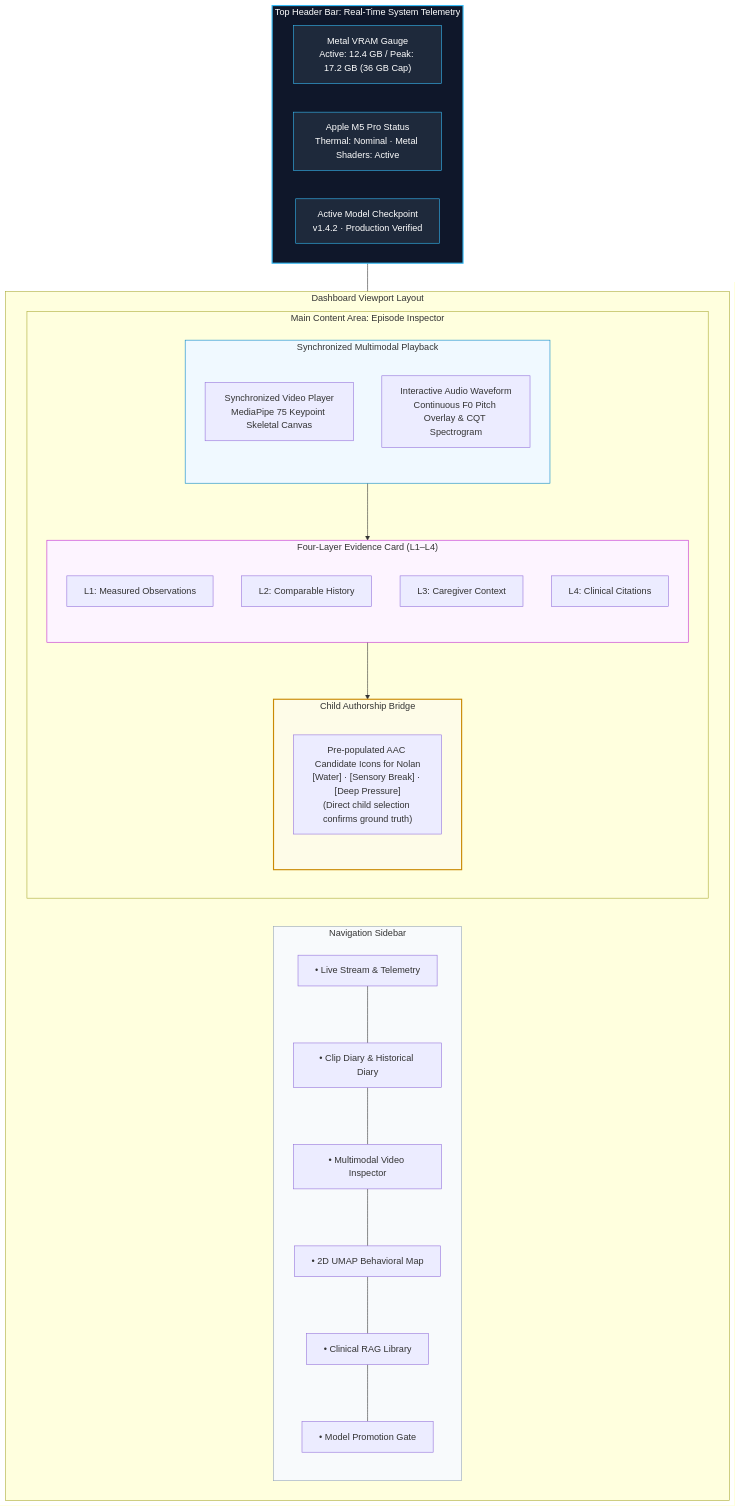
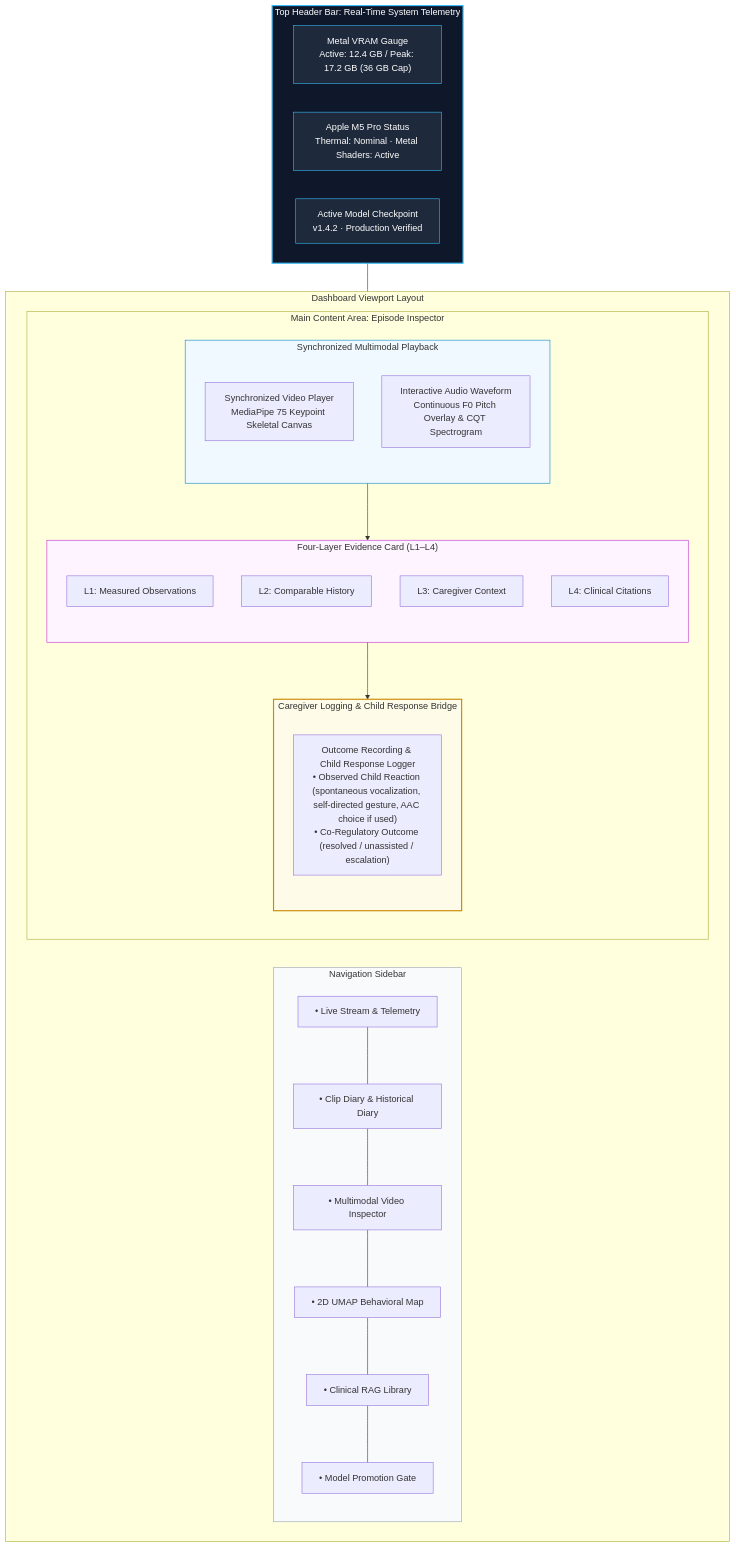
The third of 4 diagrams in SPECS.md (olostan/project_n), drawn with Mermaid before and after one commit. The commit also changed other lines of this file and 7 other files, not shown here.

````diff
--- a/SPECS.md
+++ b/SPECS.md
@@ -311,51 +311,51 @@
 ```mermaid
 graph TD
     subgraph TopBar ["Top Header Bar: Real-Time System Telemetry"]
         VRAM["Metal VRAM Gauge<br/>Active: 12.4 GB / Peak: 17.2 GB (36 GB Cap)"]
         GPU["Apple M5 Pro Status<br/>Thermal: Nominal · Metal Shaders: Active"]
         ModelInfo["Active Model Checkpoint<br/>v1.4.2 · Production Verified"]
     end
 
     subgraph MainLayout ["Dashboard Viewport Layout"]
         subgraph NavSidebar ["Navigation Sidebar"]
             Nav1["• Live Stream & Telemetry"]
             Nav2["• Clip Diary & Historical Diary"]
             Nav3["• Multimodal Video Inspector"]
             Nav4["• 2D UMAP Behavioral Map"]
             Nav5["• Clinical RAG Library"]
             Nav6["• Model Promotion Gate"]
             Nav1 --- Nav2 --- Nav3 --- Nav4 --- Nav5 --- Nav6
         end
 
         subgraph ContentArea ["Main Content Area: Episode Inspector"]
             subgraph MediaRow ["Synchronized Multimodal Playback"]
                 VideoBox["Synchronized Video Player<br/>MediaPipe 75 Keypoint Skeletal Canvas"]
                 WaveBox["Interactive Audio Waveform<br/>Continuous F0 Pitch Overlay & CQT Spectrogram"]
             end
 
             subgraph EvidenceRow ["Four-Layer Evidence Card (L1–L4)"]
                 Card1["L1: Measured Observations"]
                 Card2["L2: Comparable History"]
                 Card3["L3: Caregiver Context"]
                 Card4["L4: Clinical Citations"]
             end
 
-            subgraph AACRow ["Child Authorship Bridge"]
-                AACBox["Pre-populated AAC Candidate Icons for Nolan<br/>[Water] · [Sensory Break] · [Deep Pressure]<br/>(Direct child selection confirms ground truth)"]
+            subgraph ResponseRow ["Caregiver Logging & Child Response Bridge"]
+                ResponseBox["Outcome Recording & Child Response Logger<br/>• Observed Child Reaction (spontaneous vocalization, self-directed gesture, AAC choice if used)<br/>• Co-Regulatory Outcome (resolved / unassisted / escalation)"]
             end
 
-            MediaRow --> EvidenceRow --> AACRow
+            MediaRow --> EvidenceRow --> ResponseRow
         end
     end
 
     TopBar --- MainLayout
 
     style TopBar fill:#0f172a,stroke:#38bdf8,stroke-width:2px,color:#fff
     style VRAM fill:#1e293b,stroke:#38bdf8,stroke-width:1px,color:#fff
     style GPU fill:#1e293b,stroke:#38bdf8,stroke-width:1px,color:#fff
     style ModelInfo fill:#1e293b,stroke:#38bdf8,stroke-width:1px,color:#fff
     style NavSidebar fill:#f8fafc,stroke:#94a3b8,stroke-width:1px
     style MediaRow fill:#f0f9ff,stroke:#0284c7,stroke-width:1px
     style EvidenceRow fill:#fdf4ff,stroke:#c026d3,stroke-width:1px
-    style AACRow fill:#fefce8,stroke:#ca8a04,stroke-width:2px
+    style ResponseRow fill:#fefce8,stroke:#ca8a04,stroke-width:2px
 ```
````
